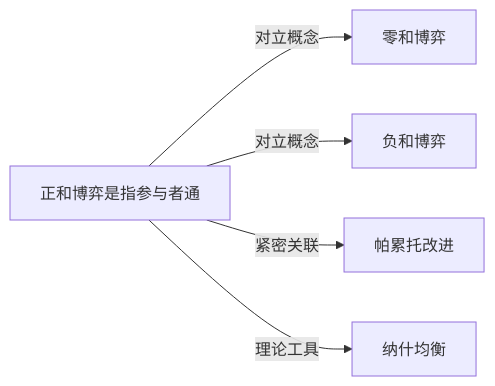
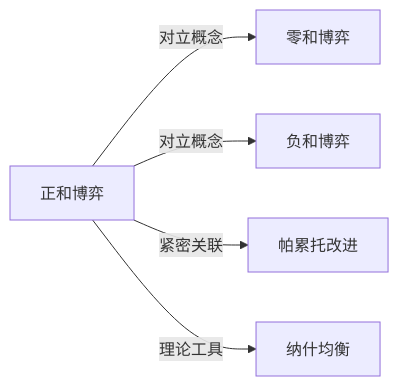
Before and after one commit to KIMMCHOW/MyKnowledge: the diagram in Knowledge/Concepts/经济/正和博弈.md, drawn with Mermaid. The commit also changed 96 other files, not shown here.

Commit message:
fix: 修复概念页关系图节点并补齐缺失关联

````diff
--- a/Knowledge/Concepts/经济/正和博弈.md
+++ b/Knowledge/Concepts/经济/正和博弈.md
@@ -45,7 +45,7 @@
 ```mermaid
 graph LR
-    正和博弈是指参与者通 -->|对立概念| 零和博弈
-    正和博弈是指参与者通 -->|对立概念| 负和博弈
-    正和博弈是指参与者通 -->|紧密关联| 帕累托改进
-    正和博弈是指参与者通 -->|理论工具| 纳什均衡
+正和博弈 -->|对立概念| 零和博弈
+正和博弈 -->|对立概念| 负和博弈
+正和博弈 -->|紧密关联| 帕累托改进
+正和博弈 -->|理论工具| 纳什均衡
 ```
````
